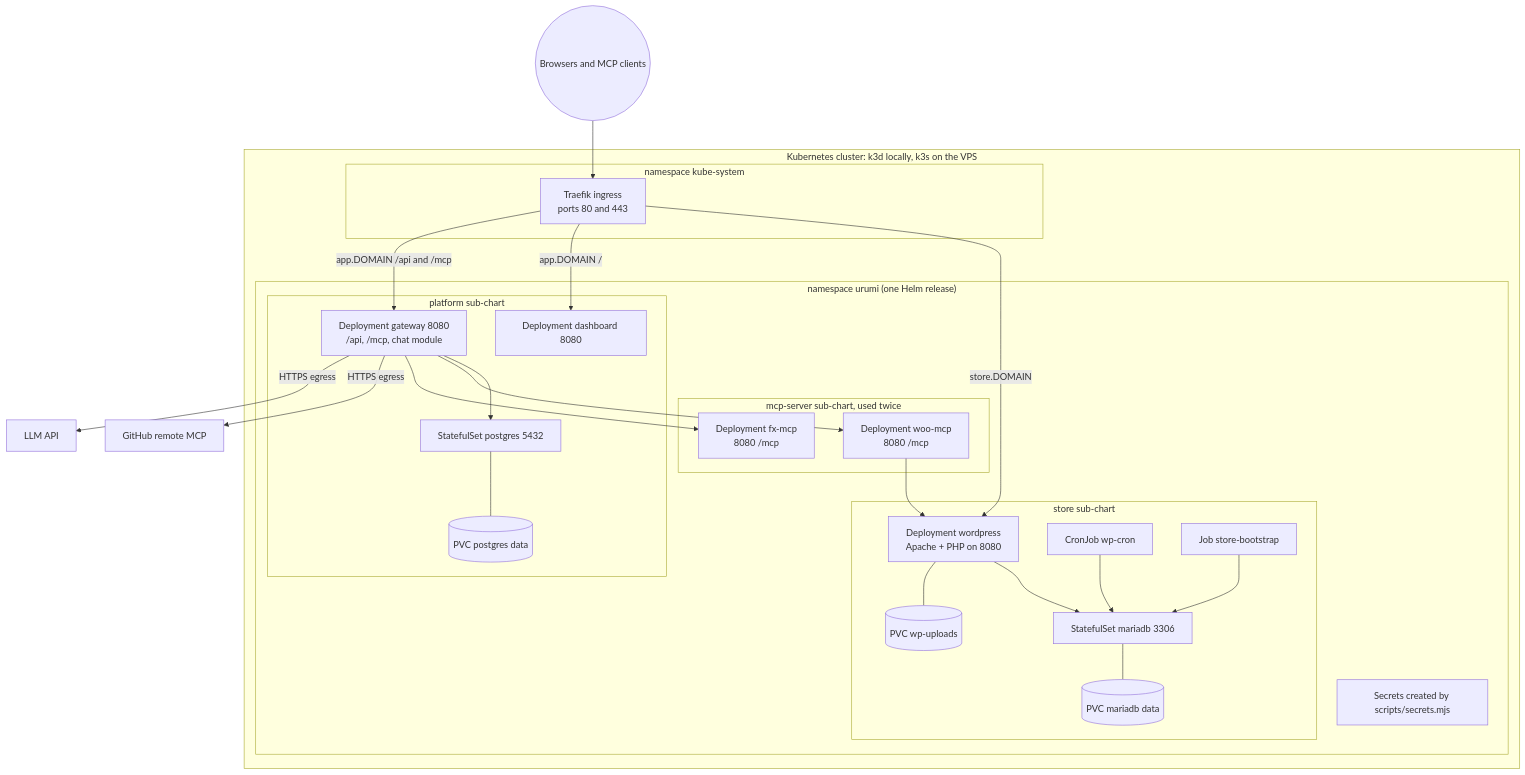
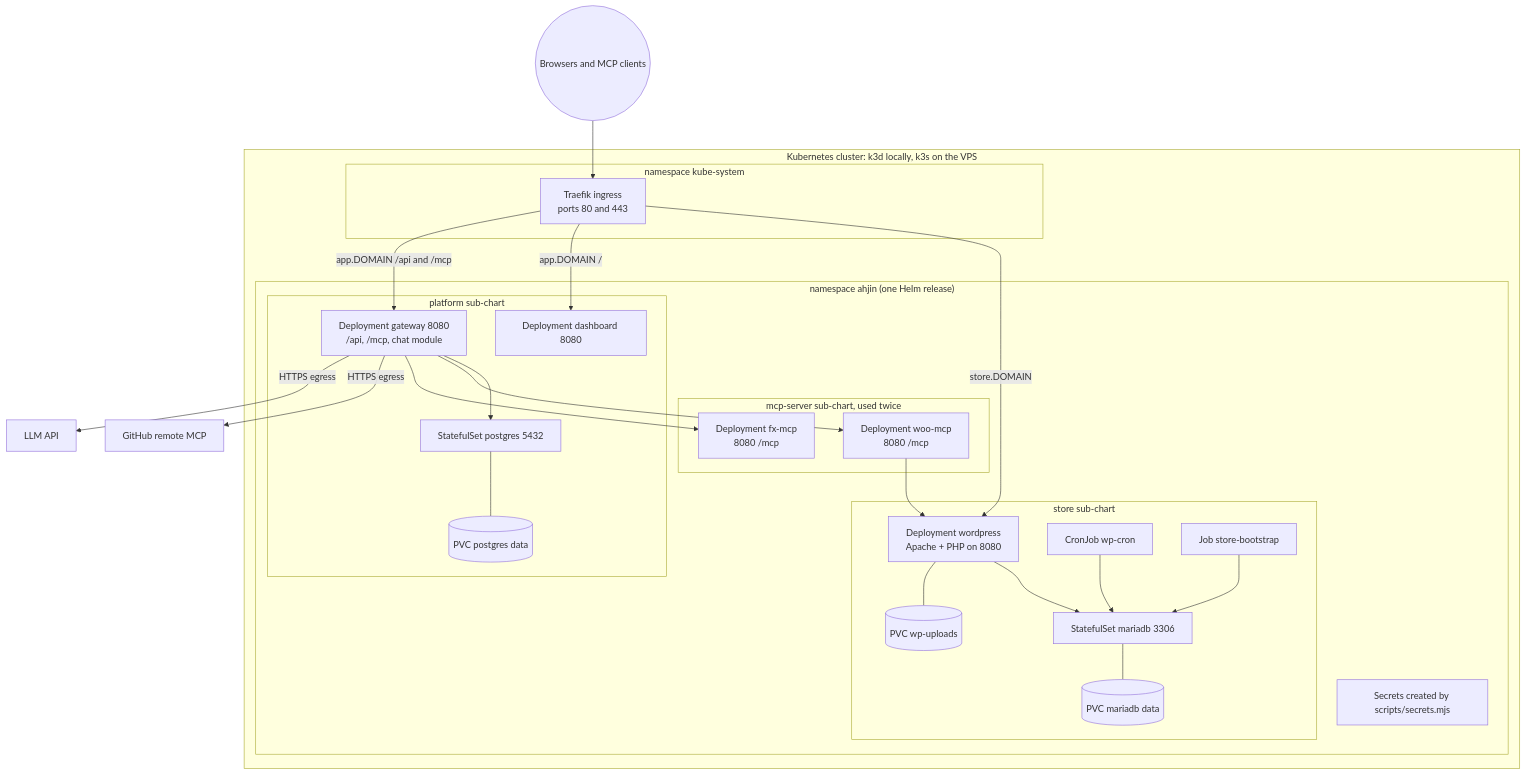
One commit to Mohan0112/Merchant_MCP_gateway changed diagram 20 of 27 in docs/PROJECT_PLAN.md. Above: the diagram before and after it, drawn with Mermaid. The commit also changed other lines of this file and 135 other files, not shown here.

````diff
--- a/docs/PROJECT_PLAN.md
+++ b/docs/PROJECT_PLAN.md
@@ -1576,49 +1576,49 @@
 ```mermaid
 flowchart TB
     clients(("Browsers and MCP clients"))
     subgraph cluster["Kubernetes cluster: k3d locally, k3s on the VPS"]
         subgraph ks["namespace kube-system"]
             traefik["Traefik ingress<br/>ports 80 and 443"]
         end
-        subgraph ns["namespace urumi (one Helm release)"]
+        subgraph ns["namespace ahjin (one Helm release)"]
             subgraph storeGrp["store sub-chart"]
                 wp["Deployment wordpress<br/>Apache + PHP on 8080"]
                 cron["CronJob wp-cron"]
                 boot["Job store-bootstrap"]
                 mdb["StatefulSet mariadb 3306"]
                 pvcwp[("PVC wp-uploads")]
                 pvcdb[("PVC mariadb data")]
             end
             subgraph mcpGrp["mcp-server sub-chart, used twice"]
                 woo["Deployment woo-mcp<br/>8080 /mcp"]
                 fx["Deployment fx-mcp<br/>8080 /mcp"]
             end
             subgraph platGrp["platform sub-chart"]
                 dash["Deployment dashboard 8080"]
                 gw["Deployment gateway 8080<br/>/api, /mcp, chat module"]
                 pg["StatefulSet postgres 5432"]
                 pvcpg[("PVC postgres data")]
             end
             secrets["Secrets created by scripts/secrets.mjs"]
         end
     end
     gh["GitHub remote MCP"]
     llm["LLM API"]
 
     clients --> traefik
     traefik -->|"store.DOMAIN"| wp
     traefik -->|"app.DOMAIN /"| dash
     traefik -->|"app.DOMAIN /api and /mcp"| gw
     wp --> mdb
     wp --- pvcwp
     mdb --- pvcdb
     boot --> mdb
     cron --> mdb
     gw --> pg
     pg --- pvcpg
     gw --> woo
     gw --> fx
     gw -->|"HTTPS egress"| gh
     gw -->|"HTTPS egress"| llm
     woo --> wp
 ```
````
